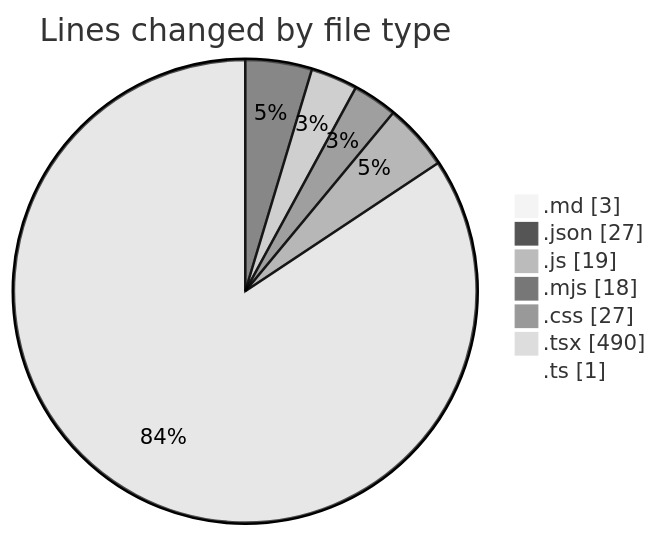
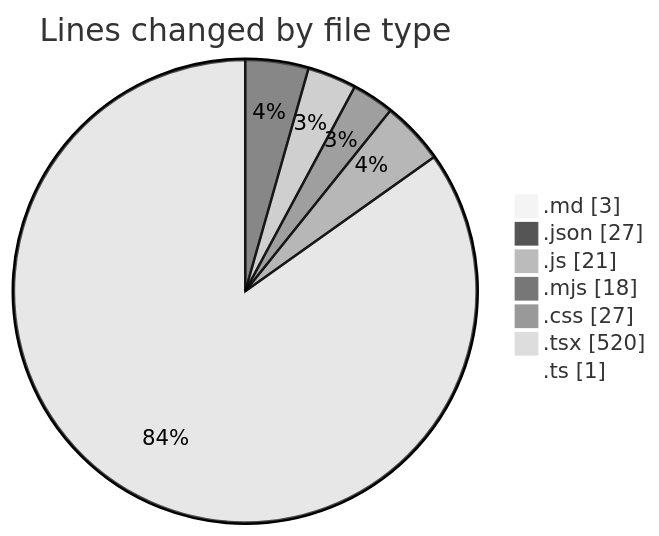
Before and after one commit to Ritupan-Deka/code-tracking: the first of 2 diagrams in 2025-06-18/scopesketch-app/README.md, drawn with Mermaid (neutral theme). The commit also changed other lines of this file and 1 other file, not shown here.

````diff
--- a/2025-06-18/scopesketch-app/README.md
+++ b/2025-06-18/scopesketch-app/README.md
@@ -27,11 +27,11 @@
 ```mermaid
 pie showData
 title Lines changed by file type
 ".md" : 3
 ".json" : 27
-".js" : 19
+".js" : 21
 ".mjs" : 18
 ".css" : 27
-".tsx" : 490
+".tsx" : 520
 ".ts" : 1
 ```
````
